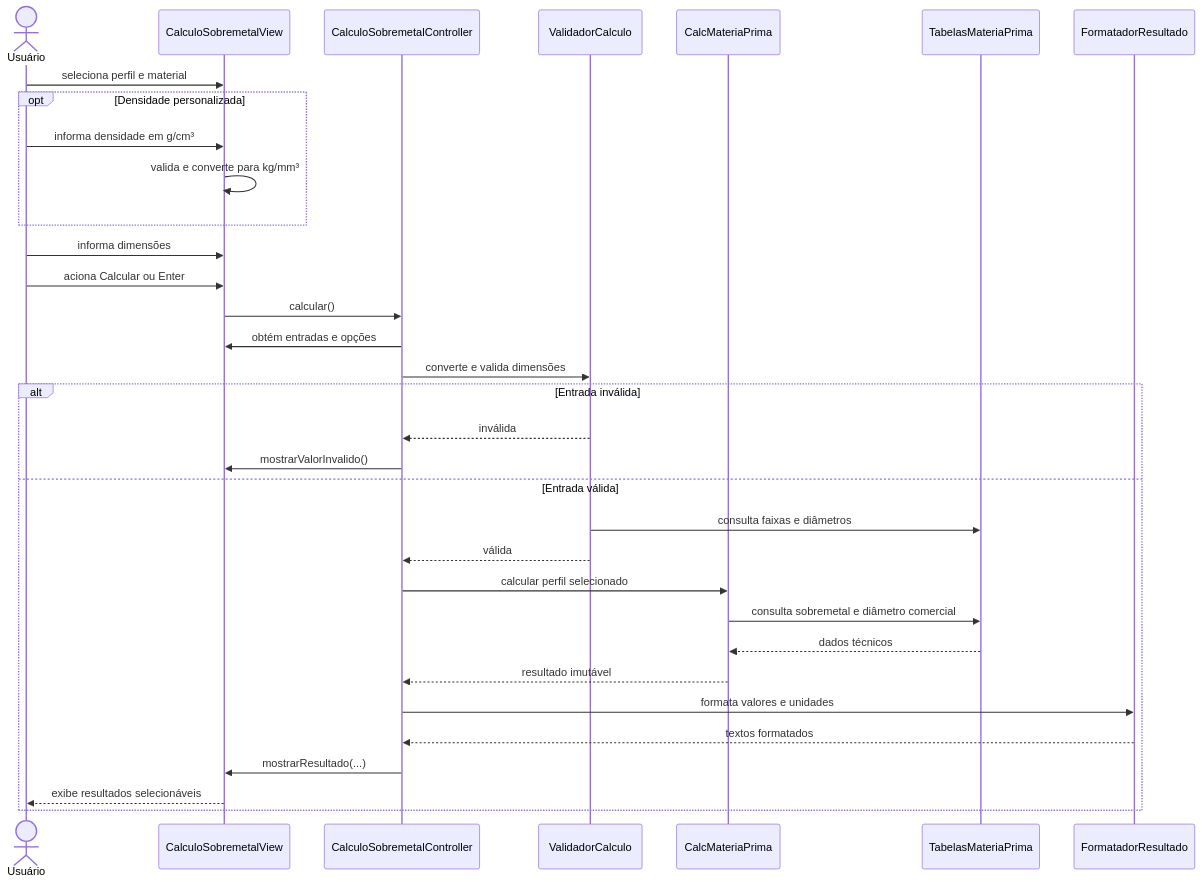
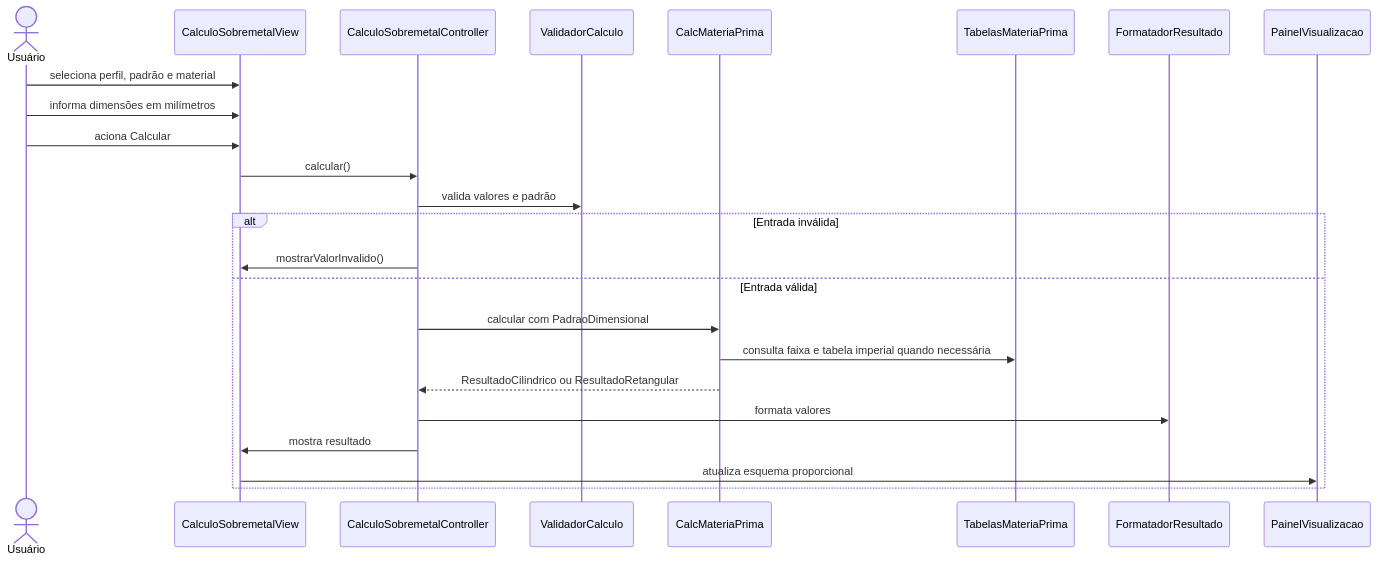
One commit to rafaelcpinto/MateriaPrima changed the second of 3 diagrams in docs/uml.md. Above: the diagram before and after it, drawn with Mermaid. The commit also changed other lines of this file and 33 other files, not shown here.

````diff
--- a/docs/uml.md
+++ b/docs/uml.md
@@ -155,37 +159,28 @@
 ```mermaid
 sequenceDiagram
     actor Usuario as Usuário
     participant View as CalculoSobremetalView
     participant Controller as CalculoSobremetalController
     participant Validator as ValidadorCalculo
     participant Model as CalcMateriaPrima
     participant Tables as TabelasMateriaPrima
     participant Formatter as FormatadorResultado
+    participant Visual as PainelVisualizacao
 
-    Usuario->>View: seleciona perfil e material
-    opt Densidade personalizada
-        Usuario->>View: informa densidade em g/cm³
-        View->>View: valida e converte para kg/mm³
-    end
-    Usuario->>View: informa dimensões
-    Usuario->>View: aciona Calcular ou Enter
+    Usuario->>View: seleciona perfil, padrão e material
+    Usuario->>View: informa dimensões em milímetros
+    Usuario->>View: aciona Calcular
     View->>Controller: calcular()
-    Controller->>View: obtém entradas e opções
-    Controller->>Validator: converte e valida dimensões
+    Controller->>Validator: valida valores e padrão
 
     alt Entrada inválida
-        Validator-->>Controller: inválida
         Controller->>View: mostrarValorInvalido()
     else Entrada válida
-        Validator->>Tables: consulta faixas e diâmetros
-        Validator-->>Controller: válida
-        Controller->>Model: calcular perfil selecionado
-        Model->>Tables: consulta sobremetal e diâmetro comercial
-        Tables-->>Model: dados técnicos
-        Model-->>Controller: resultado imutável
-        Controller->>Formatter: formata valores e unidades
-        Formatter-->>Controller: textos formatados
-        Controller->>View: mostrarResultado(...)
-        View-->>Usuario: exibe resultados selecionáveis
+        Controller->>Model: calcular com PadraoDimensional
+        Model->>Tables: consulta faixa e tabela imperial quando necessária
+        Model-->>Controller: ResultadoCilindrico ou ResultadoRetangular
+        Controller->>Formatter: formata valores
+        Controller->>View: mostra resultado
+        View->>Visual: atualiza esquema proporcional
     end
 ```
````
